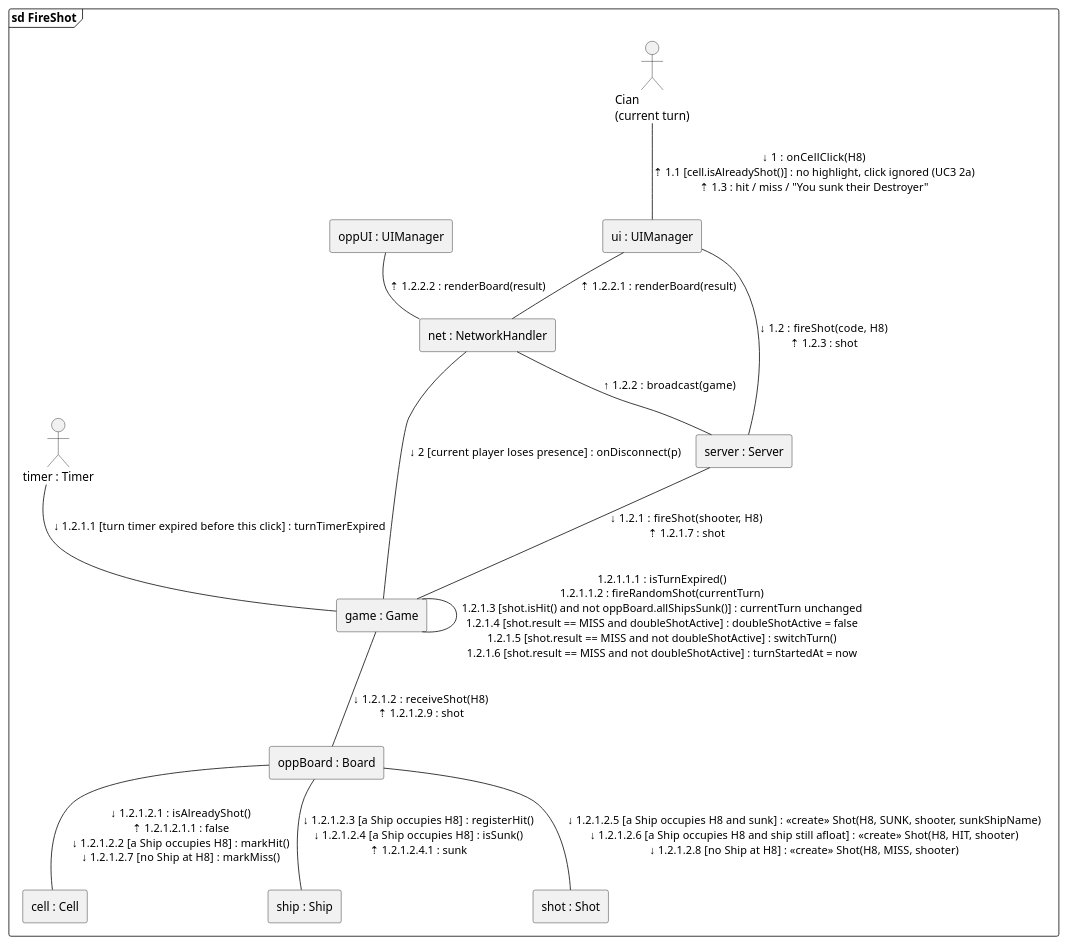
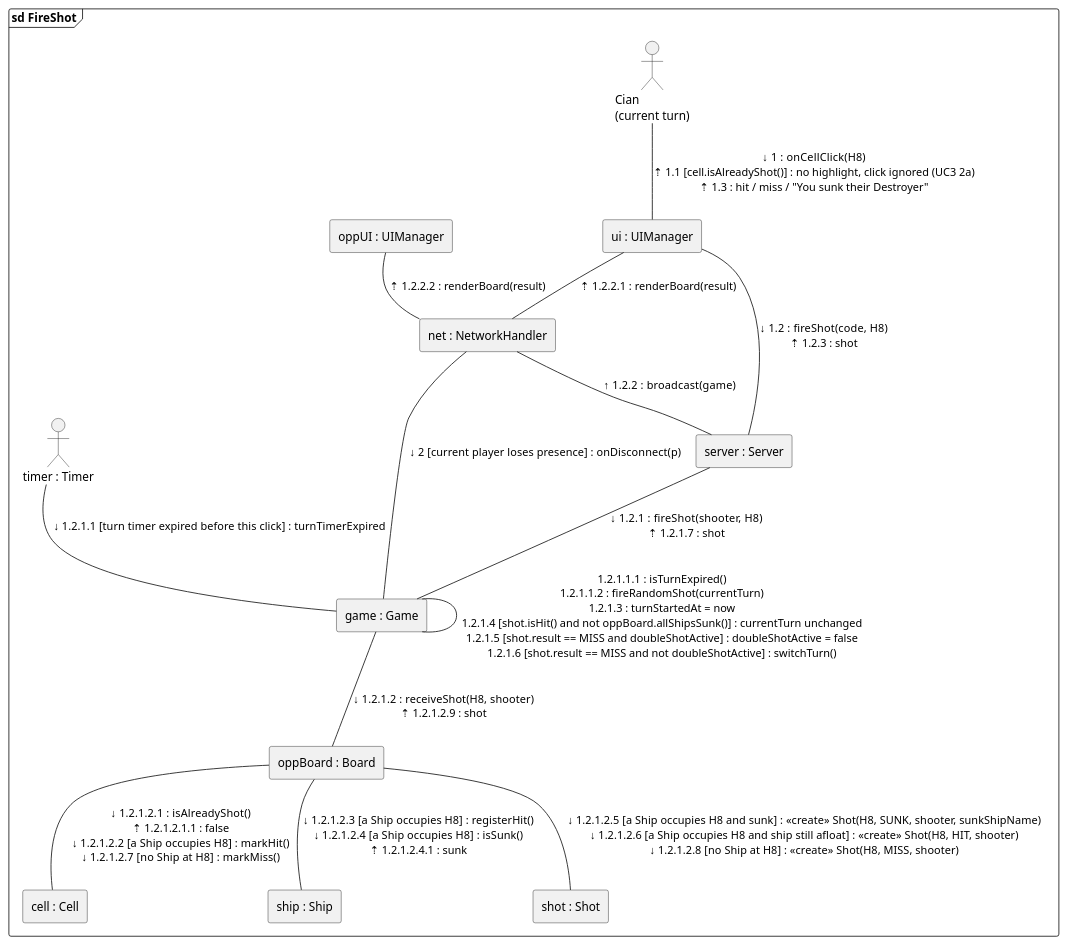
One commit to queeeety/battleship-online changed the diagram in docs/uml/communication/fire-shot.puml. Above: the diagram before and after it, drawn with PlantUML. The commit also changed 7 other files, not shown here.

First line of the commit message:
Update UML for Stage 1 rules engine changes

```diff
--- a/docs/uml/communication/fire-shot.puml
+++ b/docs/uml/communication/fire-shot.puml
@@ -1,28 +1,28 @@
 @startuml 6_3_FireShot_CommunicationDiagram
 frame "sd FireShot" {
   actor "Cian\n(current turn)" as Player
   rectangle "ui : UIManager" as UI
   rectangle "oppUI : UIManager" as OppUI
   actor "timer : Timer" as Timer
   rectangle "server : Server" as Server
   rectangle "net : NetworkHandler" as Net
   rectangle "game : Game" as Game
   rectangle "oppBoard : Board" as Board
   rectangle "cell : Cell" as Cell
   rectangle "ship : Ship" as Ship
   rectangle "shot : Shot" as Shot
   Player -down- UI : ↓ 1 : onCellClick(H8)\n⇡ 1.1 [cell.isAlreadyShot()] : no highlight, click ignored (UC3 2a)\n⇡ 1.3 : hit / miss / &#34;You sunk their Destroyer&#34;
   UI -down- Net : ⇡ 1.2.2.1 : renderBoard(result)
   OppUI -down- Net : ⇡ 1.2.2.2 : renderBoard(result)
   UI -down- Server : ↓ 1.2 : fireShot(code, H8)\n⇡ 1.2.3 : shot
   Net -down- Server : ↑ 1.2.2 : broadcast(game)
   Net -down- Game : ↓ 2 [current player loses presence] : onDisconnect(p)
   Server -down- Game : ↓ 1.2.1 : fireShot(shooter, H8)\n⇡ 1.2.1.7 : shot
   Timer -down- Game : ↓ 1.2.1.1 [turn timer expired before this click] : turnTimerExpired
-  Game -- Game : 1.2.1.1.1 : isTurnExpired()\n1.2.1.1.2 : fireRandomShot(currentTurn)\n1.2.1.3 [shot.isHit() and not oppBoard.allShipsSunk()] : currentTurn unchanged\n1.2.1.4 [shot.result == MISS and doubleShotActive] : doubleShotActive = false\n1.2.1.5 [shot.result == MISS and not doubleShotActive] : switchTurn()\n1.2.1.6 [shot.result == MISS and not doubleShotActive] : turnStartedAt = now
-  Game -down- Board : ↓ 1.2.1.2 : receiveShot(H8)\n⇡ 1.2.1.2.9 : shot
+  Game -- Game : 1.2.1.1.1 : isTurnExpired()\n1.2.1.1.2 : fireRandomShot(currentTurn)\n1.2.1.3 : turnStartedAt = now\n1.2.1.4 [shot.isHit() and not oppBoard.allShipsSunk()] : currentTurn unchanged\n1.2.1.5 [shot.result == MISS and doubleShotActive] : doubleShotActive = false\n1.2.1.6 [shot.result == MISS and not doubleShotActive] : switchTurn()
+  Game -down- Board : ↓ 1.2.1.2 : receiveShot(H8, shooter)\n⇡ 1.2.1.2.9 : shot
   Board -down- Cell : ↓ 1.2.1.2.1 : isAlreadyShot()\n⇡ 1.2.1.2.1.1 : false\n↓ 1.2.1.2.2 [a Ship occupies H8] : markHit()\n↓ 1.2.1.2.7 [no Ship at H8] : markMiss()
   Board -down- Ship : ↓ 1.2.1.2.3 [a Ship occupies H8] : registerHit()\n↓ 1.2.1.2.4 [a Ship occupies H8] : isSunk()\n⇡ 1.2.1.2.4.1 : sunk
   Board -down- Shot : ↓ 1.2.1.2.5 [a Ship occupies H8 and sunk] : <<create>> Shot(H8, SUNK, shooter, sunkShipName)\n↓ 1.2.1.2.6 [a Ship occupies H8 and ship still afloat] : <<create>> Shot(H8, HIT, shooter)\n↓ 1.2.1.2.8 [no Ship at H8] : <<create>> Shot(H8, MISS, shooter)
 }
 @enduml
```
